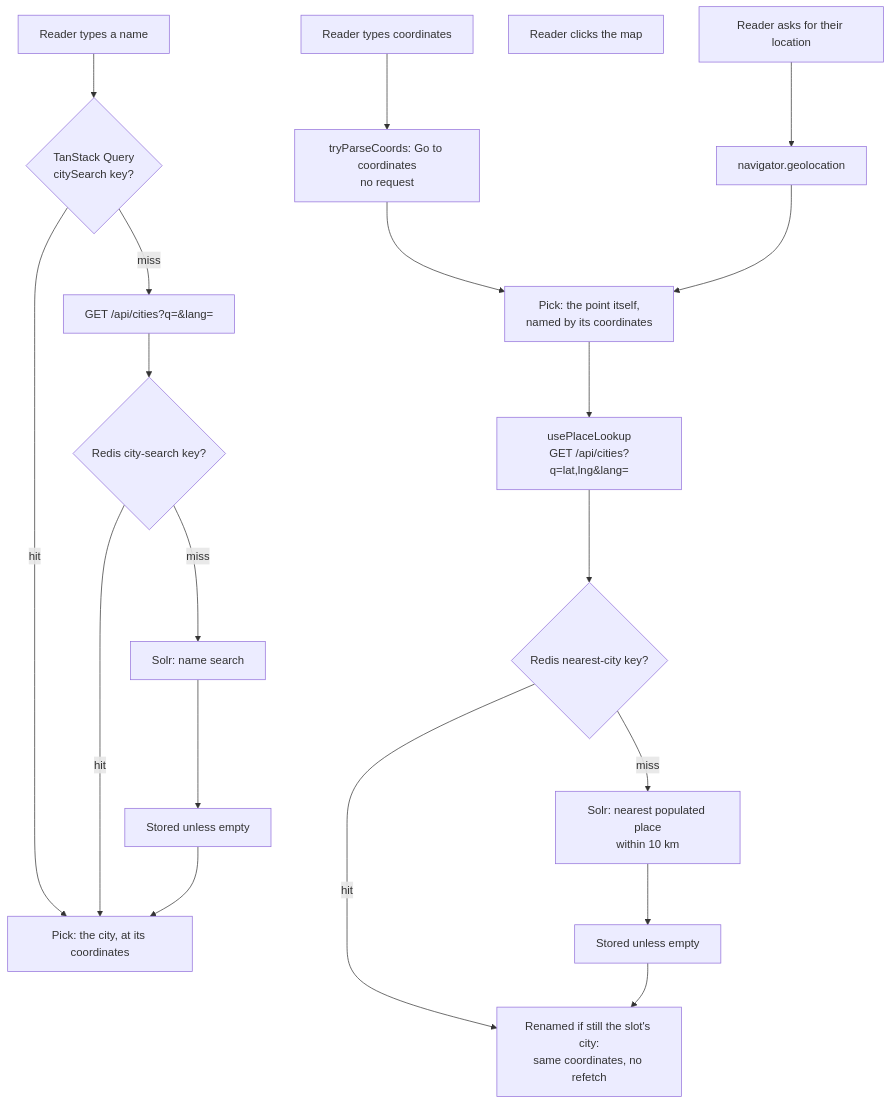
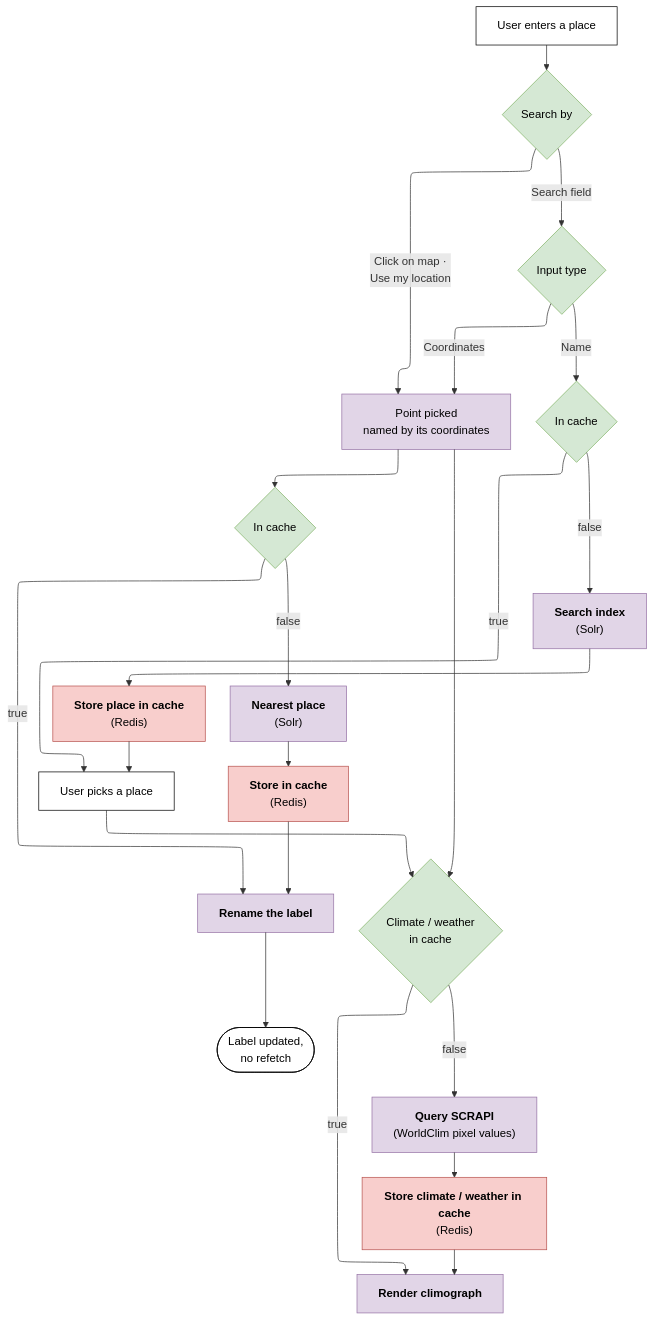
Before and after one commit to ClimaticaHQ/climatica-nextjs: the second of 2 diagrams in docs/architecture.md, drawn with Mermaid. The commit also changed other lines of this file and 2 other files, not shown here.

Commit message:
feat(docs): add ga docs and update architecture schemas

````diff
--- a/docs/architecture.md
+++ b/docs/architecture.md
@@ -90,24 +89,38 @@
 ```mermaid
+---
+config:
+  layout: elk
+  elk:
+    nodePlacementStrategy: BRANDES_KOEPF
+---
 flowchart TD
-  type["Reader types a name"] --> search{"TanStack Query<br/>citySearch key?"}
-  search -- miss --> cities["GET /api/cities?q=&lang="]
-  cities --> redisS{"Redis city-search key?"}
-  redisS -- miss --> solr["Solr: name search"]
-  solr --> storeS["Stored unless empty"]
-  search -- hit --> pick
-  redisS -- hit --> pick
-  storeS --> pick["Pick: the city, at its coordinates"]
-
-  typed["Reader types coordinates"] --> parse["tryParseCoords: Go to coordinates<br/>no request"]
-  click["Reader clicks the map"]
-  locate["Reader asks for their location"] --> gps["navigator.geolocation"]
-  parse --> point["Pick: the point itself,<br/>named by its coordinates"]
-  click --> point
-  gps --> point
-  point --> lookup["usePlaceLookup<br/>GET /api/cities?q=lat,lng&lang="]
-  lookup --> redisN{"Redis nearest-city key?"}
-  redisN -- miss --> nearest["Solr: nearest populated place<br/>within 10 km"]
-  nearest --> storeN["Stored unless empty"]
-  redisN -- hit --> rename["Renamed if still the slot's city:<br/>same coordinates, no refetch"]
-  storeN --> rename
+  start["User enters a place"] --> by{"Search by"}
+  by -- "Search field" --> input{"Input type"}
+  by -- "Click on map ·<br/>Use my location" --> point["Point picked<br/>named by its coordinates"]
+  input -- "Coordinates" --> point
+  input -- "Name" --> cacheS{"In cache"}
+  cacheS -- "false" --> solrS["<b>Search index</b><br/>(Solr)"]
+  solrS --> storeS["<b>Store place in cache</b><br/>(Redis)"]
+  storeS --> pick["User picks a place"]
+  cacheS -- "true" --> pick
+  point --> cacheN{"In cache"}
+  cacheN -- "false" --> nearest["<b>Nearest place</b><br/>(Solr)"]
+  nearest --> storeN["<b>Store in cache</b><br/>(Redis)"]
+  storeN --> rename["<b>Rename the label</b>"]
+  cacheN -- "true" --> rename
+  rename --> done(["Label updated,<br/>no refetch"])
+  pick --> cacheC{"Climate / weather<br/>in cache"}
+  point --> cacheC
+  cacheC -- "false" --> scrapi["<b>Query SCRAPI</b><br/>(WorldClim pixel values)"]
+  scrapi --> storeC["<b>Store climate / weather in cache</b><br/>(Redis)"]
+  storeC --> render["<b>Render climograph</b>"]
+  cacheC -- "true" --> render
+  classDef user fill:#ffffff,stroke:#000000,color:#000
+  classDef cond fill:#d5e8d4,stroke:#82b366,color:#000
+  classDef action fill:#e1d5e7,stroke:#9673a6,color:#000
+  classDef cache fill:#f8cecc,stroke:#b85450,color:#000
+  class start,pick,done user
+  class by,input,cacheS,cacheN,cacheC cond
+  class solrS,nearest,scrapi,rename,render,point action
+  class storeS,storeN,storeC cache
 ```
````
